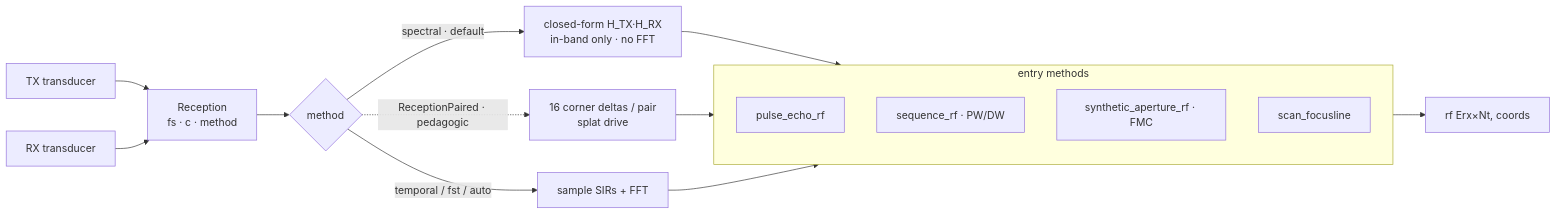
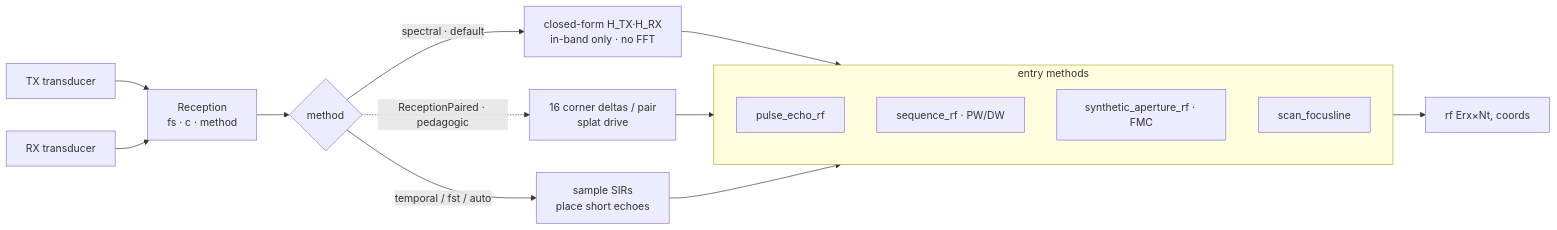
One commit to EstebanRivera08/eSDIva changed the diagram in docs/user-guide/reception.md. Above: the diagram before and after it, drawn with Mermaid. The commit also changed other lines of this file and 5 other files, not shown here.

````diff
--- a/docs/user-guide/reception.md
+++ b/docs/user-guide/reception.md
@@ -38,19 +41,19 @@
 ```mermaid
 flowchart LR
     TX[TX transducer] --> R[Reception<br/>fs · c · method]
     RX[RX transducer] --> R
     R --> M{method}
     M -->|spectral · default| SP["closed-form H_TX·H_RX<br/>in-band only · no FFT"]
     M -.->|ReceptionPaired · pedagogic| PA[16 corner deltas / pair<br/>splat drive]
-    M -->|temporal / fst / auto| CV[sample SIRs + FFT]
+    M -->|temporal / fst / auto| CV[sample SIRs<br/>place short echoes]
     SP --> API
     PA --> API
     CV --> API
     subgraph API[entry methods]
       P1[pulse_echo_rf]
       P2[sequence_rf · PW/DW]
       P3[synthetic_aperture_rf · FMC]
       P4[scan_focusline]
     end
     API --> RF[rf Erx×Nt, coords]
 ```
````
